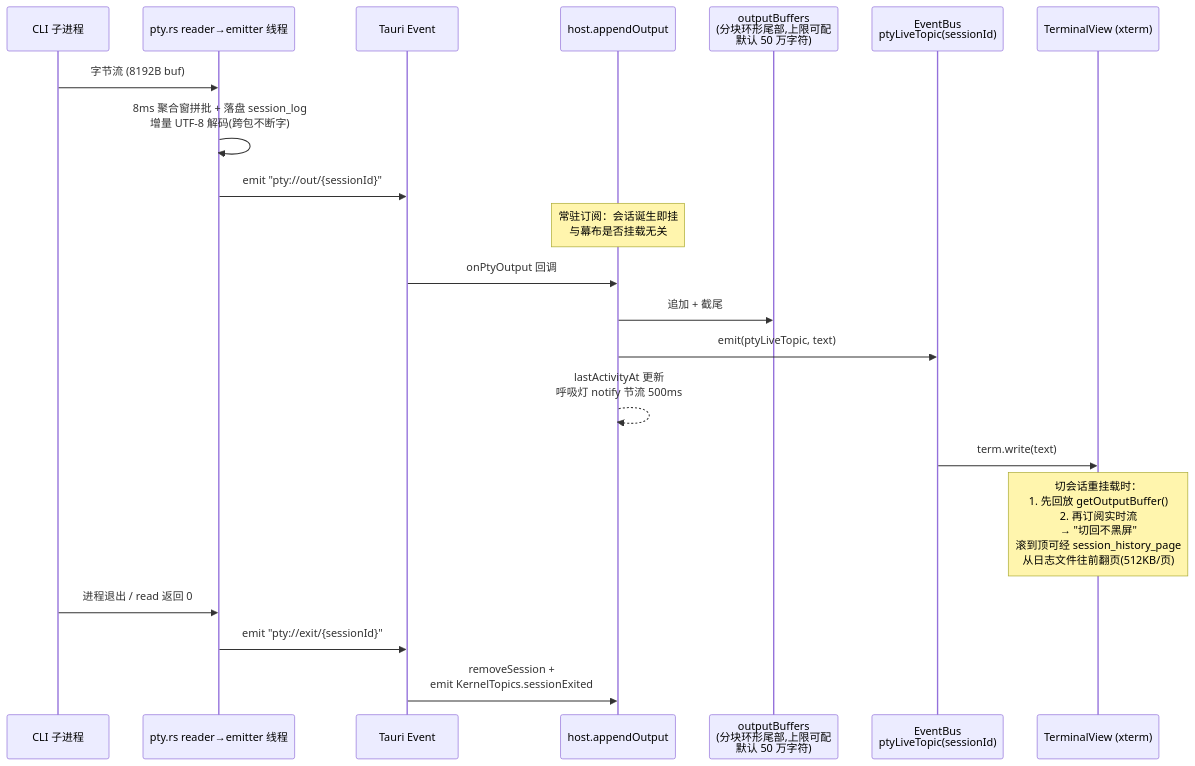
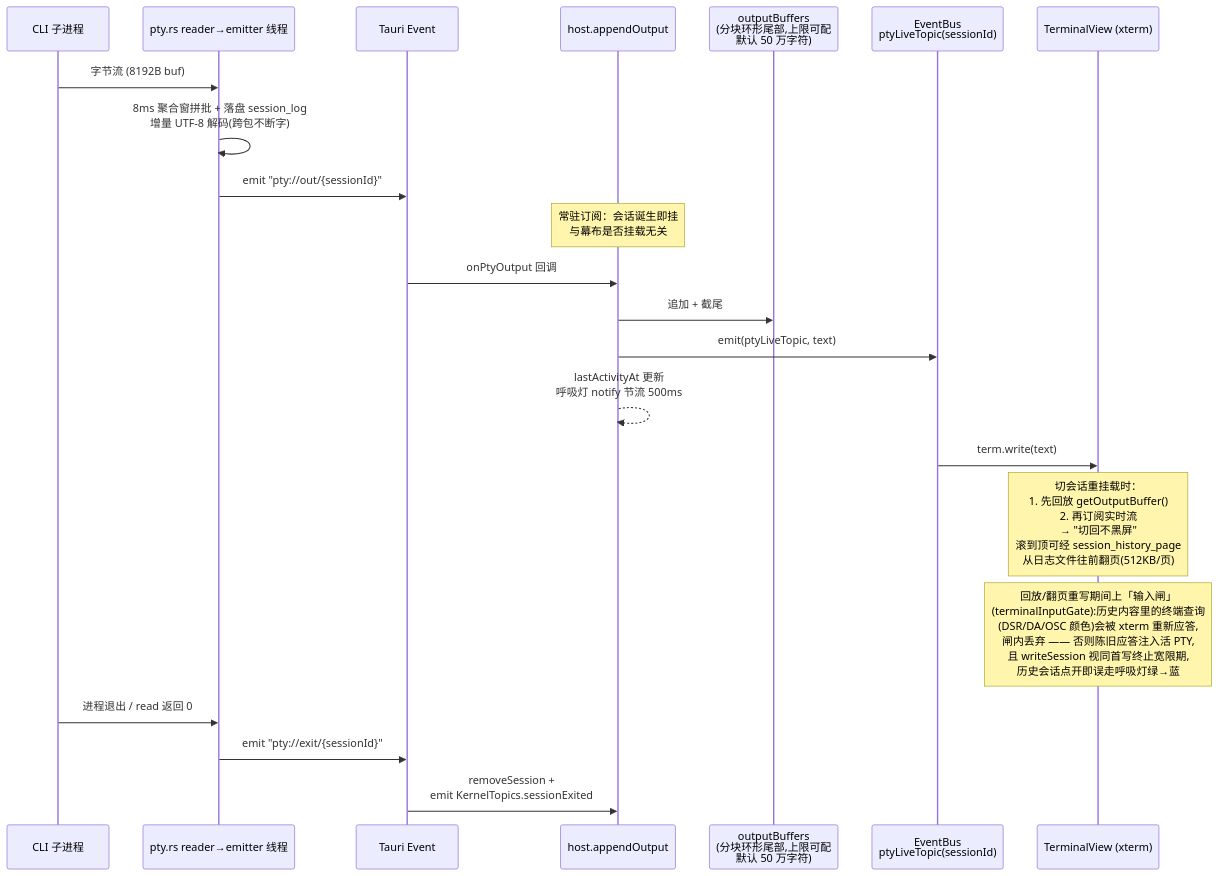
The third of 8 diagrams in docs/architecture/02-code-architecture.md (chenxiangning/tmd-cli), drawn with Mermaid before and after one commit. The commit also changed 3 other files, not shown here.

````diff
--- a/docs/architecture/02-code-architecture.md
+++ b/docs/architecture/02-code-architecture.md
@@ -128,26 +128,28 @@
 ```mermaid
 sequenceDiagram
     participant CLI as CLI 子进程
     participant PT as pty.rs reader→emitter 线程
     participant EVT as Tauri Event
     participant H as host.appendOutput
     participant BUF as outputBuffers<br/>(分块环形尾部,上限可配<br/>默认 50 万字符)
     participant BUS as EventBus<br/>ptyLiveTopic(sessionId)
     participant TV as TerminalView (xterm)
 
     CLI->>PT: 字节流 (8192B buf)
     PT->>PT: 8ms 聚合窗拼批 + 落盘 session_log<br/>增量 UTF-8 解码(跨包不断字)
     PT->>EVT: emit "pty://out/{sessionId}"
     Note over H: 常驻订阅：会话诞生即挂<br/>与幕布是否挂载无关
     EVT->>H: onPtyOutput 回调
     H->>BUF: 追加 + 截尾
     H->>BUS: emit(ptyLiveTopic, text)
     H-->>H: lastActivityAt 更新<br/>呼吸灯 notify 节流 500ms
     BUS->>TV: term.write(text)
 
     Note over TV: 切会话重挂载时：<br/>1. 先回放 getOutputBuffer()<br/>2. 再订阅实时流<br/>→ "切回不黑屏"<br/>滚到顶可经 session_history_page<br/>从日志文件往前翻页(512KB/页)
 
+    Note over TV: 回放/翻页重写期间上「输入闸」<br/>(terminalInputGate):历史内容里的终端查询<br/>(DSR/DA/OSC 颜色)会被 xterm 重新应答,<br/>闸内丢弃 —— 否则陈旧应答注入活 PTY,<br/>且 writeSession 视同首写终止宽限期,<br/>历史会话点开即误走呼吸灯绿→蓝
+
     CLI->>PT: 进程退出 / read 返回 0
     PT->>EVT: emit "pty://exit/{sessionId}"
     EVT->>H: removeSession +<br/>emit KernelTopics.sessionExited
 ```
````
